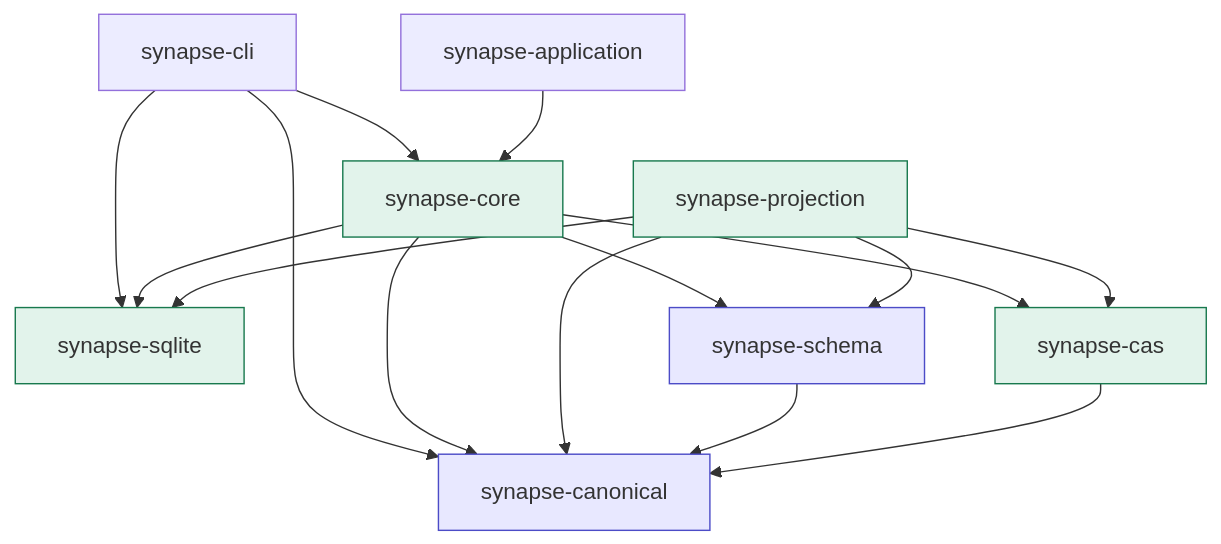
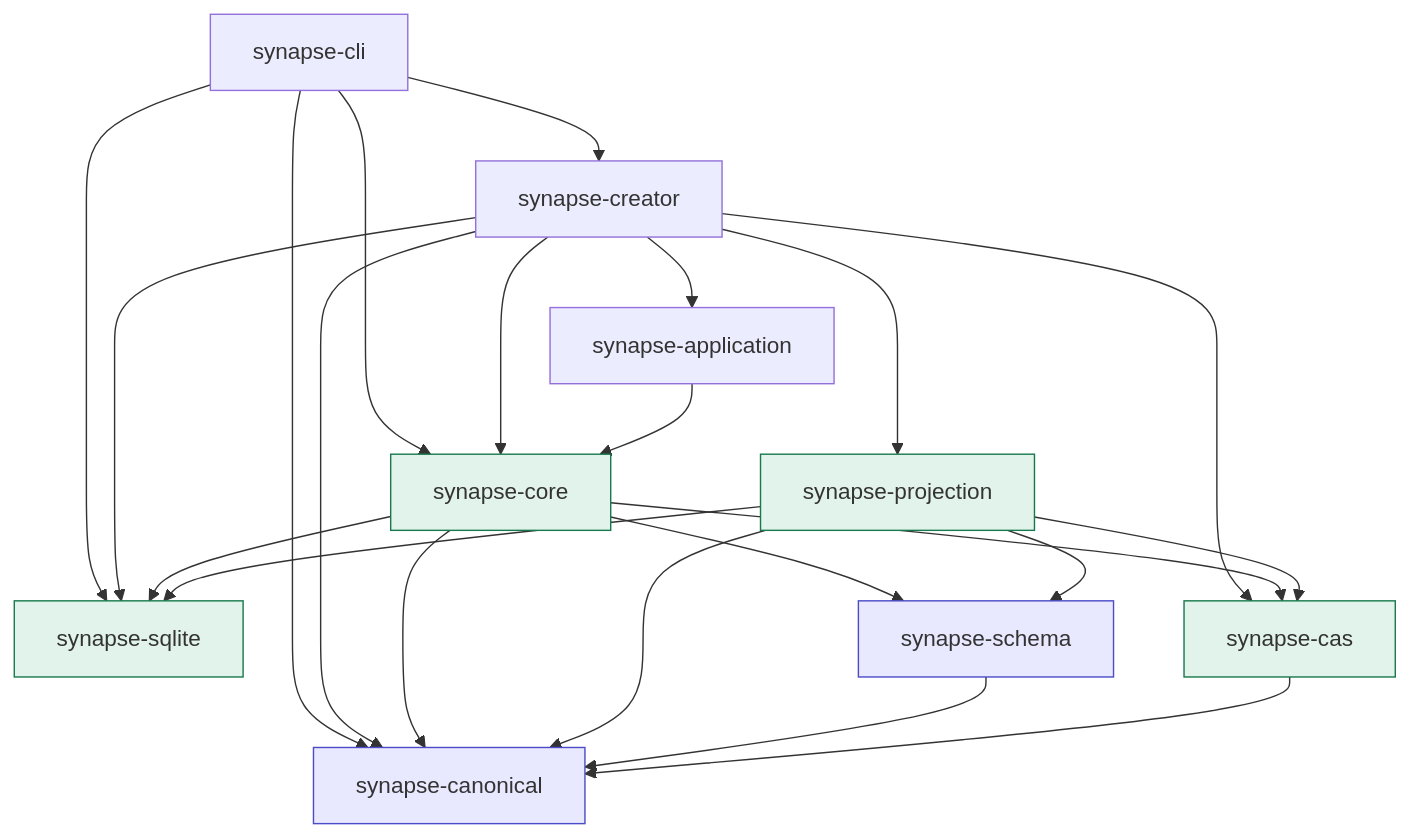
Before and after one commit to howlrs/synapsegit: the diagram in CONTRIBUTING.md, drawn with Mermaid. The commit also changed other lines of this file and 16 other files, not shown here.

````diff
--- a/CONTRIBUTING.md
+++ b/CONTRIBUTING.md
@@ -34,22 +34,29 @@
 ```mermaid
 flowchart TB
     CLI[synapse-cli] --> Core[synapse-core]
     CLI --> Canon[synapse-canonical]
     CLI --> SQLite[synapse-sqlite]
+    CLI --> Creator[synapse-creator]
+    Creator --> Application
+    Creator --> Core
+    Creator --> Projection
+    Creator --> CAS
+    Creator --> SQLite
+    Creator --> Canon
     Application[synapse-application] --> Core
     Core --> Schema[synapse-schema]
     Core --> CAS[synapse-cas]
     Core --> SQLite
     Core --> Canon
     Projection[synapse-projection] --> CAS
     Projection --> SQLite
     Projection --> Schema
     Projection --> Canon
     Schema --> Canon
     CAS --> Canon
 
     classDef identity fill:#e8e8ff,stroke:#4c4cc7;
     classDef storage fill:#e2f3eb,stroke:#18794e;
     class Canon,Schema identity;
     class CAS,SQLite,Core,Projection storage;
 ```
````
